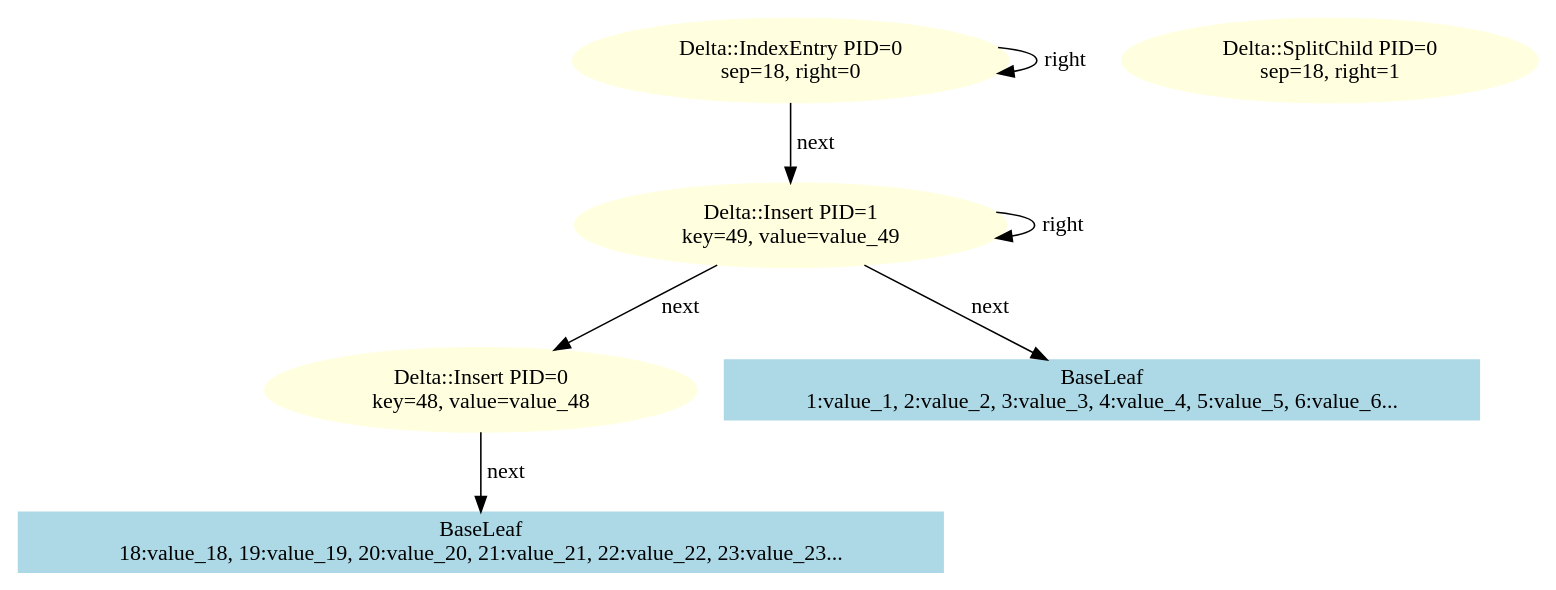
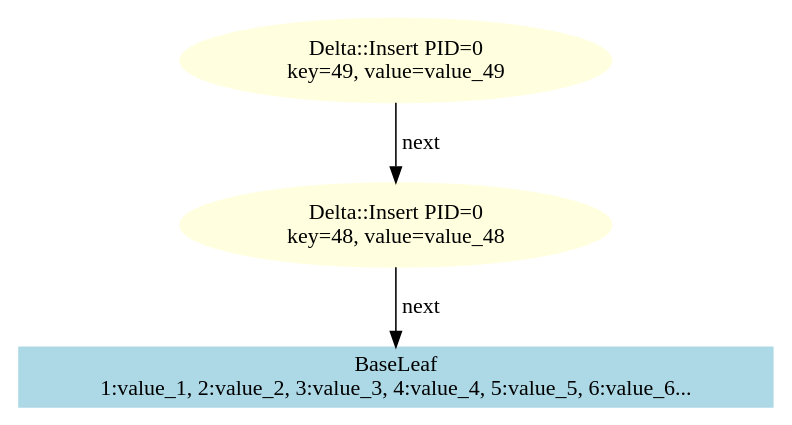
The diagram in bwtree_test_visualization.dot (willothy/bwtree-rs), drawn with Graphviz before and after one commit. The commit also changed 1 other file, not shown here.

```diff
--- a/bwtree_test_visualization.dot
+++ b/bwtree_test_visualization.dot
@@ -1,14 +1,7 @@
 digraph bwtree {
-    node0[label="Delta::IndexEntry PID=0\nsep=18, right=0"][style="filled"][color="lightyellow"][shape="ellipse"];
-    node1[label="Delta::Insert PID=1\nkey=49, value=value_49"][style="filled"][color="lightyellow"][shape="ellipse"];
-    node2[label="Delta::Insert PID=0\nkey=48, value=value_48"][style="filled"][color="lightyellow"][shape="ellipse"];
-    node3[label="BaseLeaf\n18:value_18, 19:value_19, 20:value_20, 21:value_21, 22:value_22, 23:value_23..."][style="filled"][color="lightblue"][shape="box"];
-    node4[label="Delta::SplitChild PID=0\nsep=18, right=1"][style="filled"][color="lightyellow"][shape="ellipse"];
-    node5[label="BaseLeaf\n1:value_1, 2:value_2, 3:value_3, 4:value_4, 5:value_5, 6:value_6..."][style="filled"][color="lightblue"][shape="box"];
-    node0 -> node0[label="right"];
-    node2 -> node3[label="next"];
+    node0[label="Delta::Insert PID=0\nkey=49, value=value_49"][style="filled"][color="lightyellow"][shape="ellipse"];
+    node1[label="Delta::Insert PID=0\nkey=48, value=value_48"][style="filled"][color="lightyellow"][shape="ellipse"];
+    node2[label="BaseLeaf\n1:value_1, 2:value_2, 3:value_3, 4:value_4, 5:value_5, 6:value_6..."][style="filled"][color="lightblue"][shape="box"];
     node1 -> node2[label="next"];
-    node1 -> node1[label="right"];
-    node1 -> node5[label="next"];
     node0 -> node1[label="next"];
 }
```
